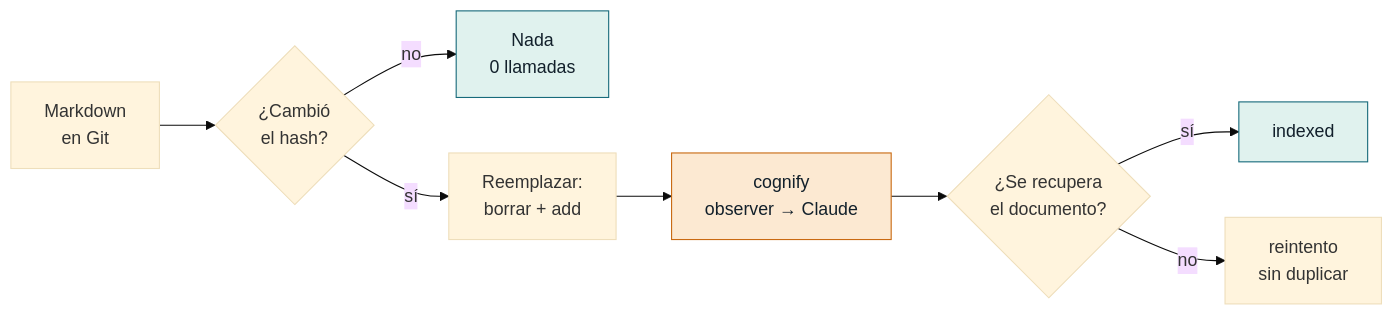
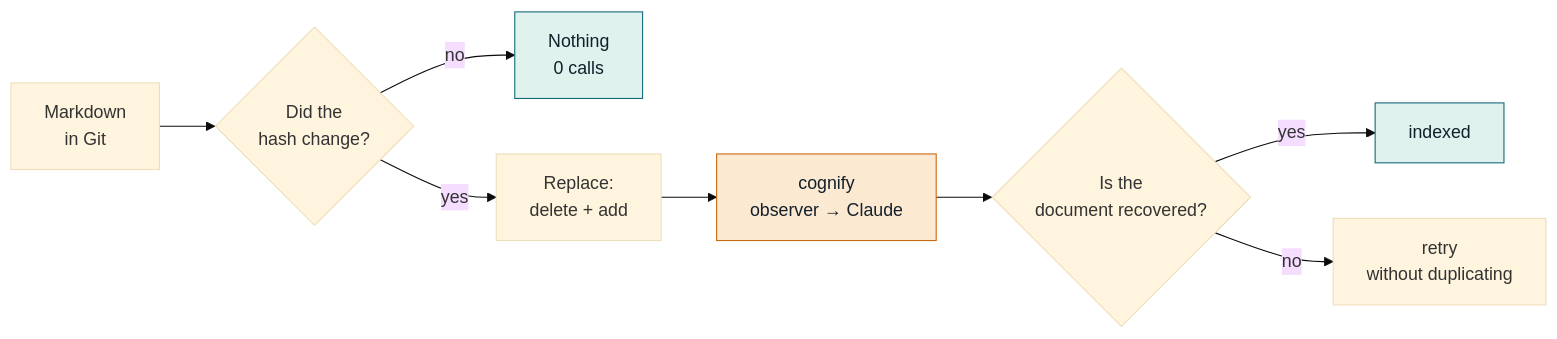
Before and after one commit to WRopero/Timewarden: the diagram in docs/diagrams/02-escritura.mmd, drawn with Mermaid (base theme). The commit also changed 97 other files, not shown here.

```diff
--- a/docs/diagrams/02-escritura.mmd
+++ b/docs/diagrams/02-escritura.mmd
@@ -1,12 +1,12 @@
 flowchart LR
-  A["Markdown<br/>en Git"] --> C{"¿Cambió<br/>el hash?"}
-  C -->|"no"| Z["Nada<br/>0 llamadas"]
-  C -->|"sí"| D["Reemplazar:<br/>borrar + add"]
+  A["Markdown<br/>in Git"] --> C{"Did the<br/>hash change?"}
+  C -->|"no"| Z["Nothing<br/>0 calls"]
+  C -->|"yes"| D["Replace:<br/>delete + add"]
   D --> H["cognify<br/>observer → Claude"]
-  H --> I{"¿Se recupera<br/>el documento?"}
-  I -->|"sí"| J["indexed"]
-  I -->|"no"| K["reintento<br/>sin duplicar"]
+  H --> I{"Is the<br/>document recovered?"}
+  I -->|"yes"| J["indexed"]
+  I -->|"no"| K["retry<br/>without duplicating"]
   classDef free fill:#E0F2EE,stroke:#176B7B,color:#12202B
   classDef cost fill:#FCE9D2,stroke:#C96A12,color:#12202B
   class Z,J free
   class H cost
```
